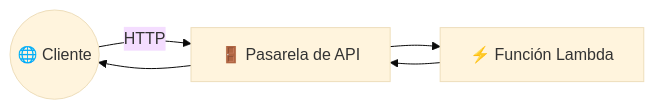
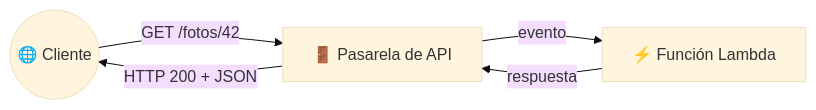
The third of 4 diagrams in docs/tema6/serverless.md (aitorventura/introduccion-nube), drawn with Mermaid (base theme) before and after one commit. The commit also changed other lines of this file and 4 other files, not shown here.

````diff
--- a/docs/tema6/serverless.md
+++ b/docs/tema6/serverless.md
@@ -60,7 +174,7 @@
 ```mermaid
 flowchart LR
-    Cliente(("🌐 Cliente")) -->|HTTP| Gateway["🚪 Pasarela de API"]
-    Gateway --> Lambda["⚡ Función Lambda"]
-    Lambda --> Gateway
-    Gateway --> Cliente
+    Cliente(("🌐 Cliente")) -->|"GET /fotos/42"| Gateway["🚪 Pasarela de API"]
+    Gateway -->|evento| Lambda["⚡ Función Lambda"]
+    Lambda -->|respuesta| Gateway
+    Gateway -->|"HTTP 200 + JSON"| Cliente
 ```
````
